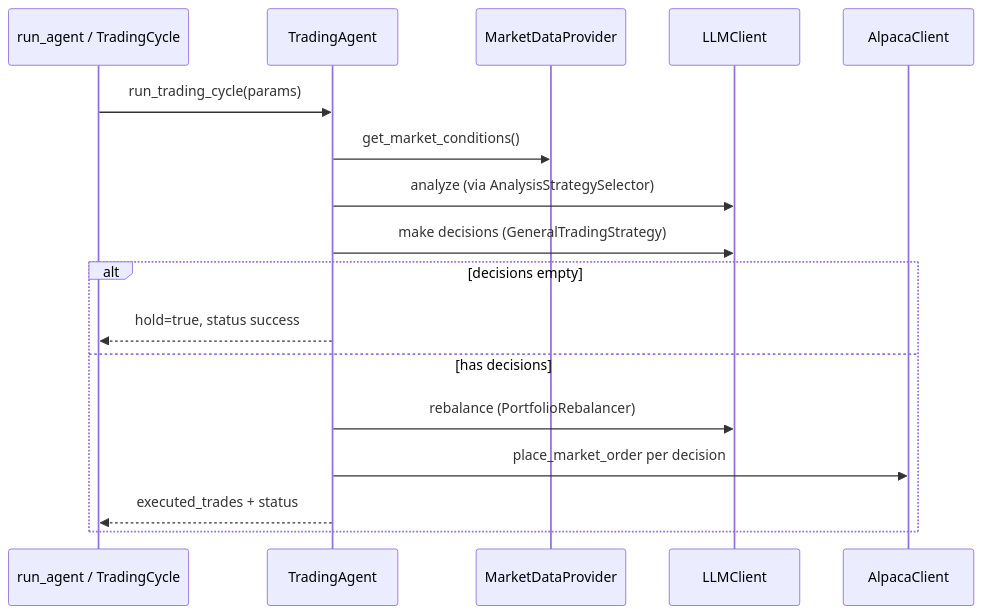
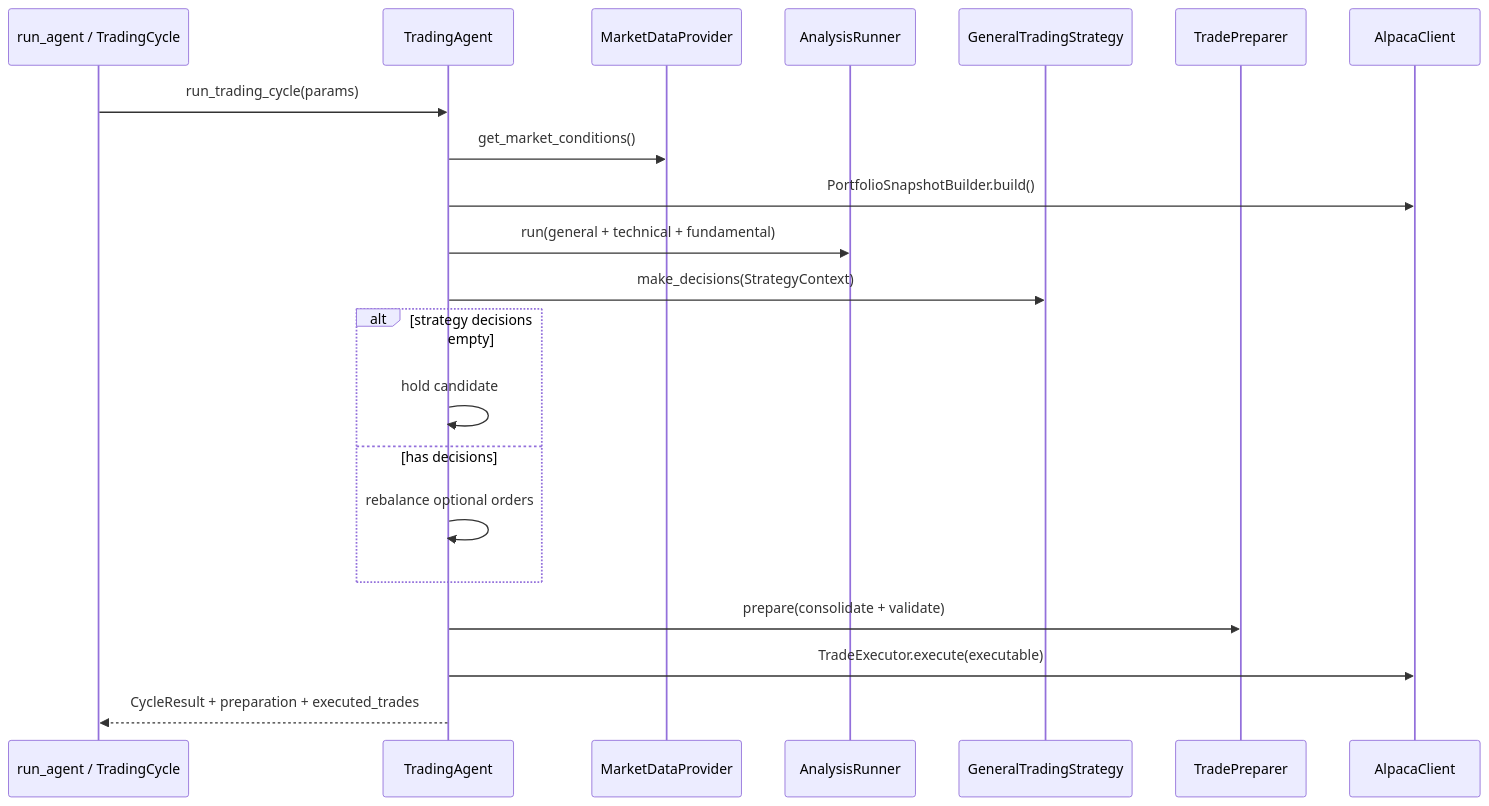
The diagram in docs/agents/trading-cycle.md (yetigong/trading-agent), drawn with Mermaid before and after one commit. The commit also changed other lines of this file and 51 other files, not shown here.

First line of the commit message:
Add layered pipeline with valid trade preparation.

````diff
--- a/docs/agents/trading-cycle.md
+++ b/docs/agents/trading-cycle.md
@@ -14,20 +14,24 @@
 ```mermaid
 sequenceDiagram
     participant RA as run_agent / TradingCycle
     participant TA as TradingAgent
     participant MD as MarketDataProvider
-    participant LLM as LLMClient
+    participant AR as AnalysisRunner
+    participant STR as GeneralTradingStrategy
+    participant PRE as TradePreparer
     participant BRK as AlpacaClient
 
     RA->>TA: run_trading_cycle(params)
     TA->>MD: get_market_conditions()
-    TA->>LLM: analyze (via AnalysisStrategySelector)
-    TA->>LLM: make decisions (GeneralTradingStrategy)
-    alt decisions empty
-        TA-->>RA: hold=true, status success
+    TA->>BRK: PortfolioSnapshotBuilder.build()
+    TA->>AR: run(general + technical + fundamental)
+    TA->>STR: make_decisions(StrategyContext)
+    alt strategy decisions empty
+        TA->>TA: hold candidate
     else has decisions
-        TA->>LLM: rebalance (PortfolioRebalancer)
-        TA->>BRK: place_market_order per decision
-        TA-->>RA: executed_trades + status
+        TA->>TA: rebalance optional orders
     end
+    TA->>PRE: prepare(consolidate + validate)
+    TA->>BRK: TradeExecutor.execute(executable)
+    TA-->>RA: CycleResult + preparation + executed_trades
 ```
````
